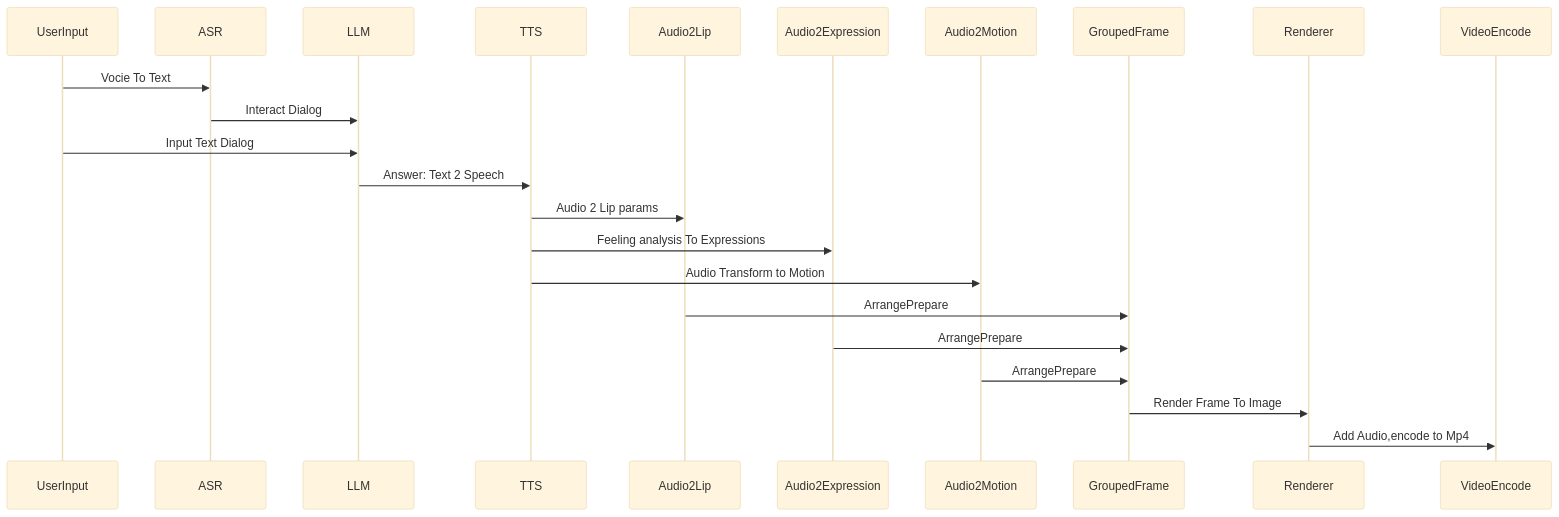
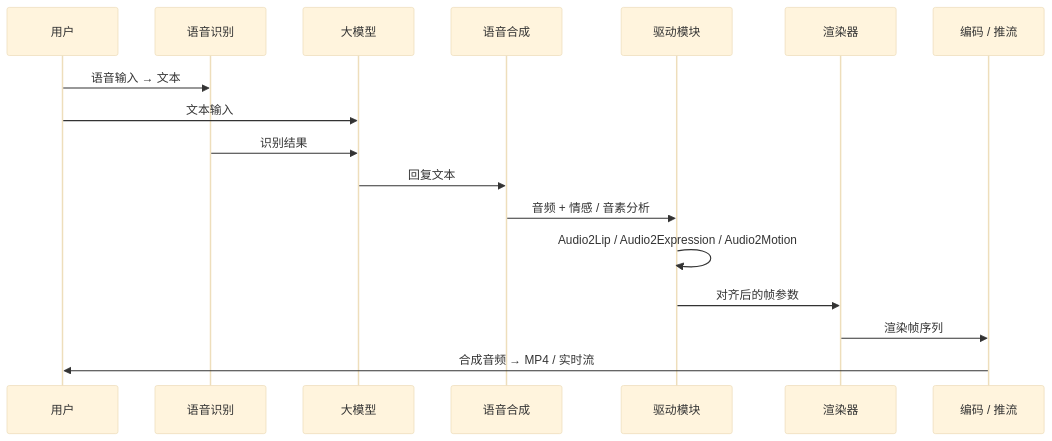
The second of 2 diagrams in README.md (pengyun1314123/pengyun1314123.github.io), drawn with Mermaid (base theme) before and after one commit. The commit also changed other lines of this file, not shown here.

````diff
--- a/README.md
+++ b/README.md
@@ -34,15 +101,20 @@
 ```mermaid
 sequenceDiagram
-UserInput->>ASR :  Vocie To Text
-ASR->>LLM : Interact Dialog
-UserInput->>LLM : Input Text Dialog
-LLM->>TTS: Answer: Text 2 Speech
-TTS->>Audio2Lip: Audio 2 Lip params
-TTS->>Audio2Expression: Feeling analysis To Expressions
-TTS->>Audio2Motion: Audio Transform to Motion
-Audio2Lip->>GroupedFrame: ArrangePrepare
-Audio2Expression->>GroupedFrame: ArrangePrepare
-Audio2Motion->>GroupedFrame: ArrangePrepare
-GroupedFrame->>Renderer: Render Frame To Image
-Renderer->>VideoEncode: Add Audio,encode to Mp4
+    participant U as 用户
+    participant ASR as 语音识别
+    participant LLM as 大模型
+    participant TTS as 语音合成
+    participant D as 驱动模块
+    participant R as 渲染器
+    participant E as 编码 / 推流
+
+    U->>ASR: 语音输入 → 文本
+    U->>LLM: 文本输入
+    ASR->>LLM: 识别结果
+    LLM->>TTS: 回复文本
+    TTS->>D: 音频 + 情感 / 音素分析
+    D->>D: Audio2Lip / Audio2Expression / Audio2Motion
+    D->>R: 对齐后的帧参数
+    R->>E: 渲染帧序列
+    E->>U: 合成音频 → MP4 / 实时流
 ```
````
